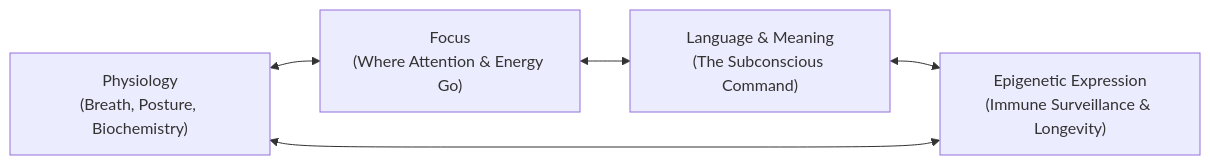
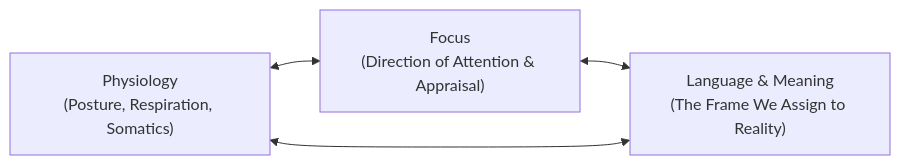
One commit to frankxai/frankx.ai-vercel-website changed the diagram in content/blog/the-builder-and-the-belief.mdx. Above: the diagram before and after it, drawn with Mermaid. The commit also changed other lines of this file and 16 other files, not shown here.

````diff
--- a/content/blog/the-builder-and-the-belief.mdx
+++ b/content/blog/the-builder-and-the-belief.mdx
@@ -83,7 +109,6 @@
 ```mermaid
 flowchart LR
-    A["Physiology\n(Breath, Posture, Biochemistry)"] <--> B["Focus\n(Where Attention & Energy Go)"]
-    B <--> C["Language & Meaning\n(The Subconscious Command)"]
-    C <--> D["Epigenetic Expression\n(Immune Surveillance & Longevity)"]
-    D <--> A
+    A["Physiology\n(Posture, Respiration, Somatics)"] <--> B["Focus\n(Direction of Attention & Appraisal)"]
+    B <--> C["Language & Meaning\n(The Frame We Assign to Reality)"]
+    C <--> A
 ```
````
